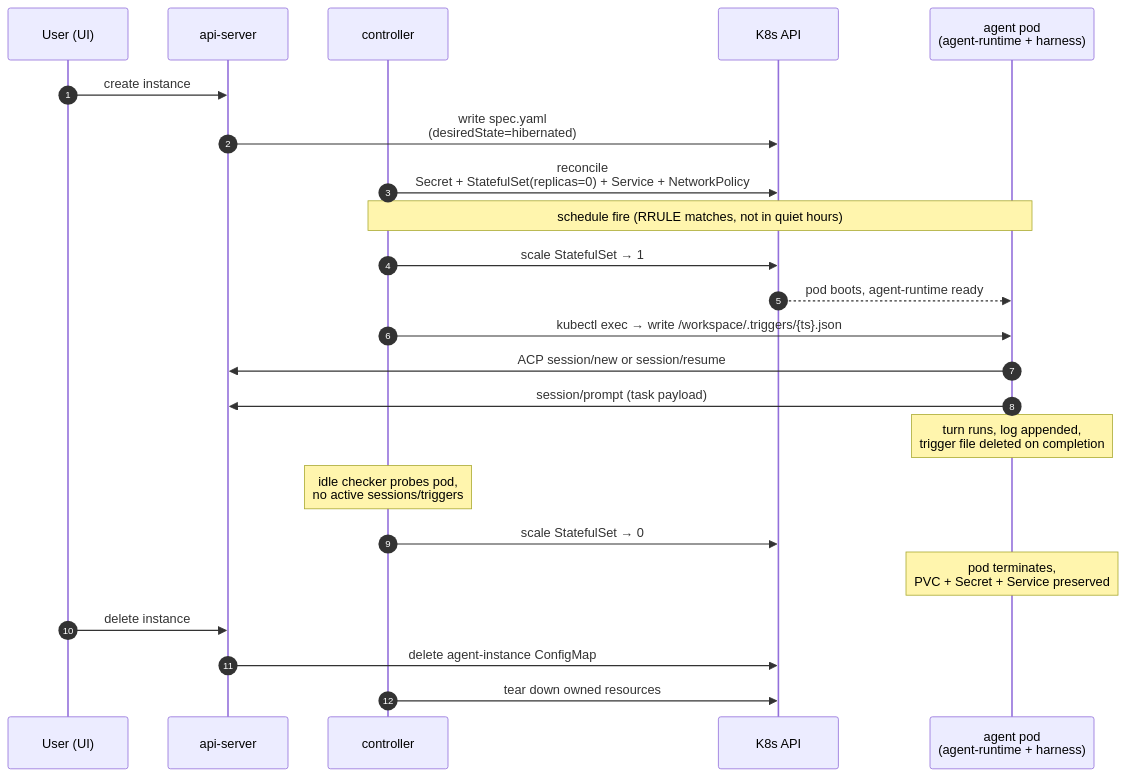
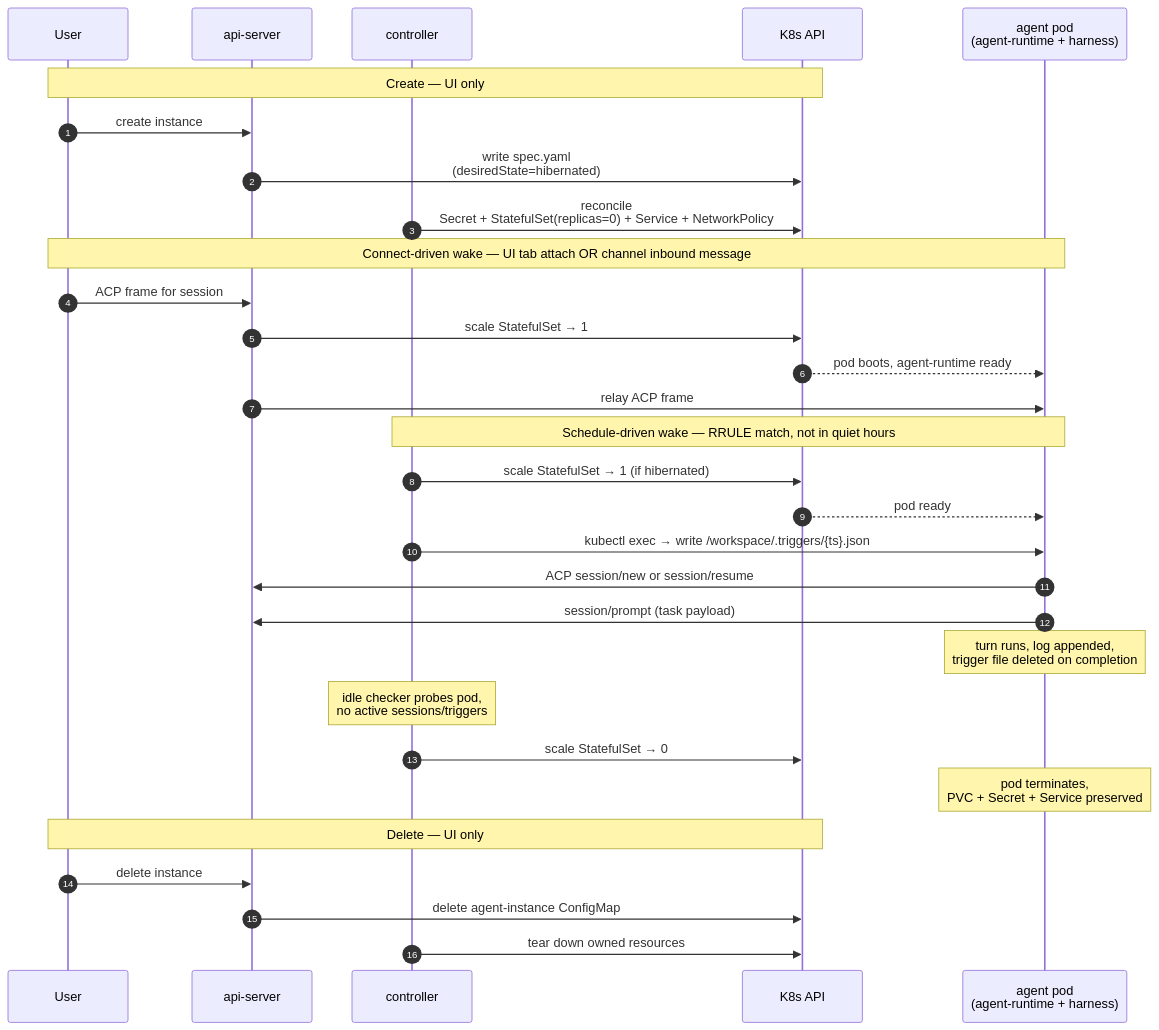
Before and after one commit to kagenti/humr: the diagram in docs/architecture/agent-lifecycle.md, drawn with Mermaid.

Commit message:
docs(architecture): show connect-driven wake path on lifecycle diagram

````diff
--- a/docs/architecture/agent-lifecycle.md
+++ b/docs/architecture/agent-lifecycle.md
@@ -26,29 +26,37 @@
 ```mermaid
 sequenceDiagram
   autonumber
-  participant U as User (UI)
+  participant U as User
   participant API as api-server
   participant C as controller
   participant K as K8s API
   participant P as agent pod<br/>(agent-runtime + harness)
 
+  Note over U,K: Create — UI only
   U->>API: create instance
   API->>K: write spec.yaml<br/>(desiredState=hibernated)
   C->>K: reconcile<br/>Secret + StatefulSet(replicas=0) + Service + NetworkPolicy
 
-  Note over C,P: schedule fire (RRULE matches, not in quiet hours)
-  C->>K: scale StatefulSet → 1
+  Note over U,P: Connect-driven wake — UI tab attach OR channel inbound message
+  U->>API: ACP frame for session
+  API->>K: scale StatefulSet → 1
   K-->>P: pod boots, agent-runtime ready
+  API->>P: relay ACP frame
+
+  Note over C,P: Schedule-driven wake — RRULE match, not in quiet hours
+  C->>K: scale StatefulSet → 1 (if hibernated)
+  K-->>P: pod ready
   C->>P: kubectl exec → write /workspace/.triggers/{ts}.json
   P->>API: ACP session/new or session/resume
   P->>API: session/prompt (task payload)
   Note over P: turn runs, log appended,<br/>trigger file deleted on completion
 
   Note over C: idle checker probes pod,<br/>no active sessions/triggers
   C->>K: scale StatefulSet → 0
   Note over P: pod terminates,<br/>PVC + Secret + Service preserved
 
+  Note over U,K: Delete — UI only
   U->>API: delete instance
   API->>K: delete agent-instance ConfigMap
   C->>K: tear down owned resources
 ```
````
